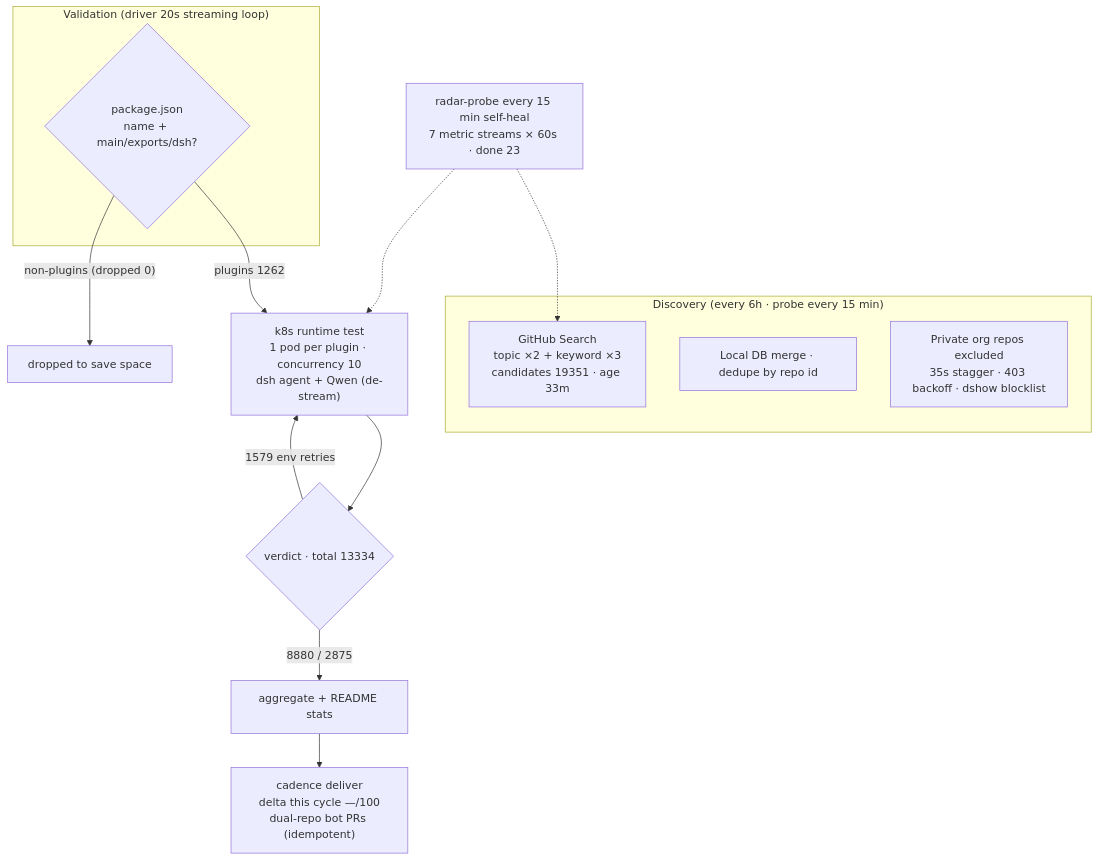
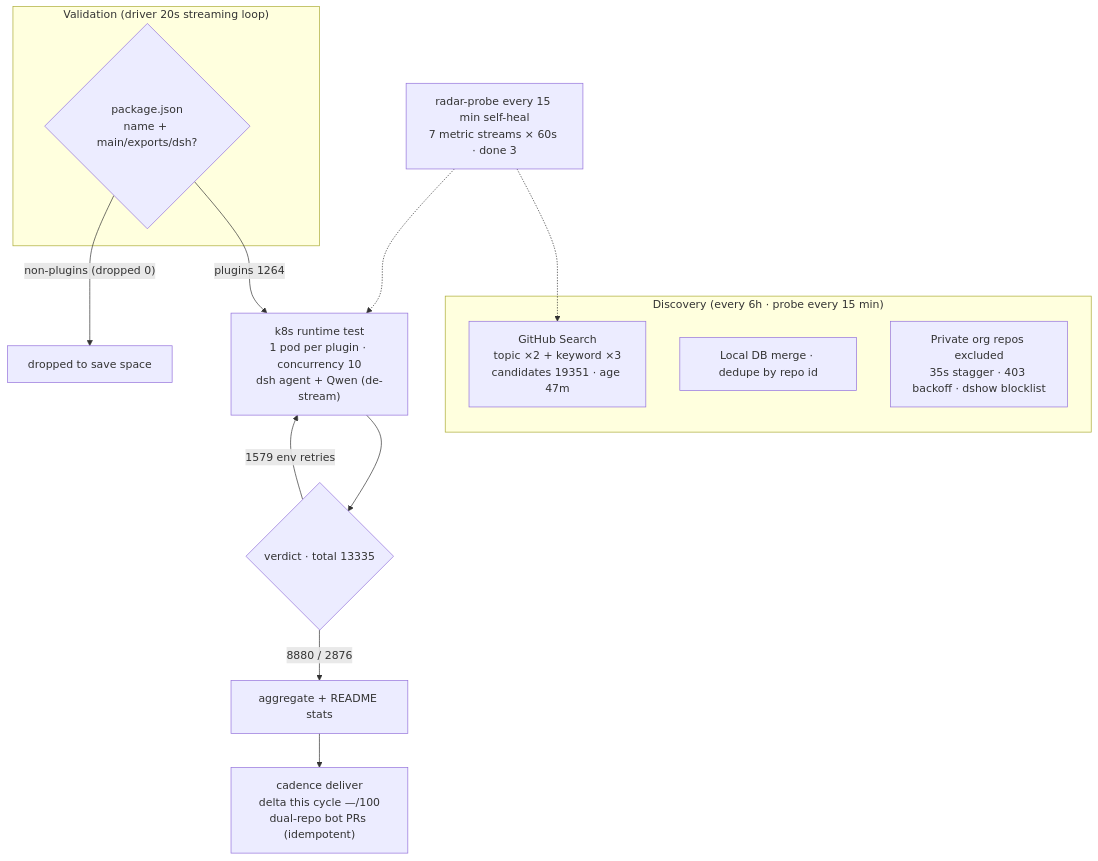
One commit to AdamPlatin123/dsh-plugin-radar changed the diagram in README.en-US.md. Above: the diagram before and after it, drawn with Mermaid. The commit also changed other lines of this file and 7 other files, not shown here.

````diff
--- a/README.en-US.md
+++ b/README.en-US.md
@@ -45,20 +45,20 @@
 ```mermaid
 flowchart TB
     subgraph Discovery["Discovery (every 6h · probe every 15 min)"]
-        A1["GitHub Search<br/>topic ×2 + keyword ×3<br/>candidates 19351 · age 33m"]
+        A1["GitHub Search<br/>topic ×2 + keyword ×3<br/>candidates 19351 · age 47m"]
         A2["Local DB merge · dedupe by repo id"]
         A3["Private org repos excluded<br/>35s stagger · 403 backoff · dshow blocklist"]
     end
     subgraph Validation["Validation (driver 20s streaming loop)"]
         B1{"package.json<br/>name + main/exports/dsh?"}
     end
-    B1 -->|"plugins 1262"| C1["k8s runtime test<br/>1 pod per plugin · concurrency 10<br/>dsh agent + Qwen (de-stream)"]
+    B1 -->|"plugins 1264"| C1["k8s runtime test<br/>1 pod per plugin · concurrency 10<br/>dsh agent + Qwen (de-stream)"]
     B1 -->|"non-plugins (dropped 0)"| B3["dropped to save space"]
-    C1 --> D1{"verdict · total 13334"}
-    D1 -->|"8880 / 2875"| E1["aggregate + README stats"]
+    C1 --> D1{"verdict · total 13335"}
+    D1 -->|"8880 / 2876"| E1["aggregate + README stats"]
     D1 -->|"1579 env retries"| C1
     E1 --> E2["cadence deliver<br/>delta this cycle —/100<br/>dual-repo bot PRs (idempotent)"]
-    M["radar-probe every 15 min self-heal<br/>7 metric streams × 60s · done 23"]
+    M["radar-probe every 15 min self-heal<br/>7 metric streams × 60s · done 3"]
     M -.-> A1
     M -.-> C1
 ```
````
